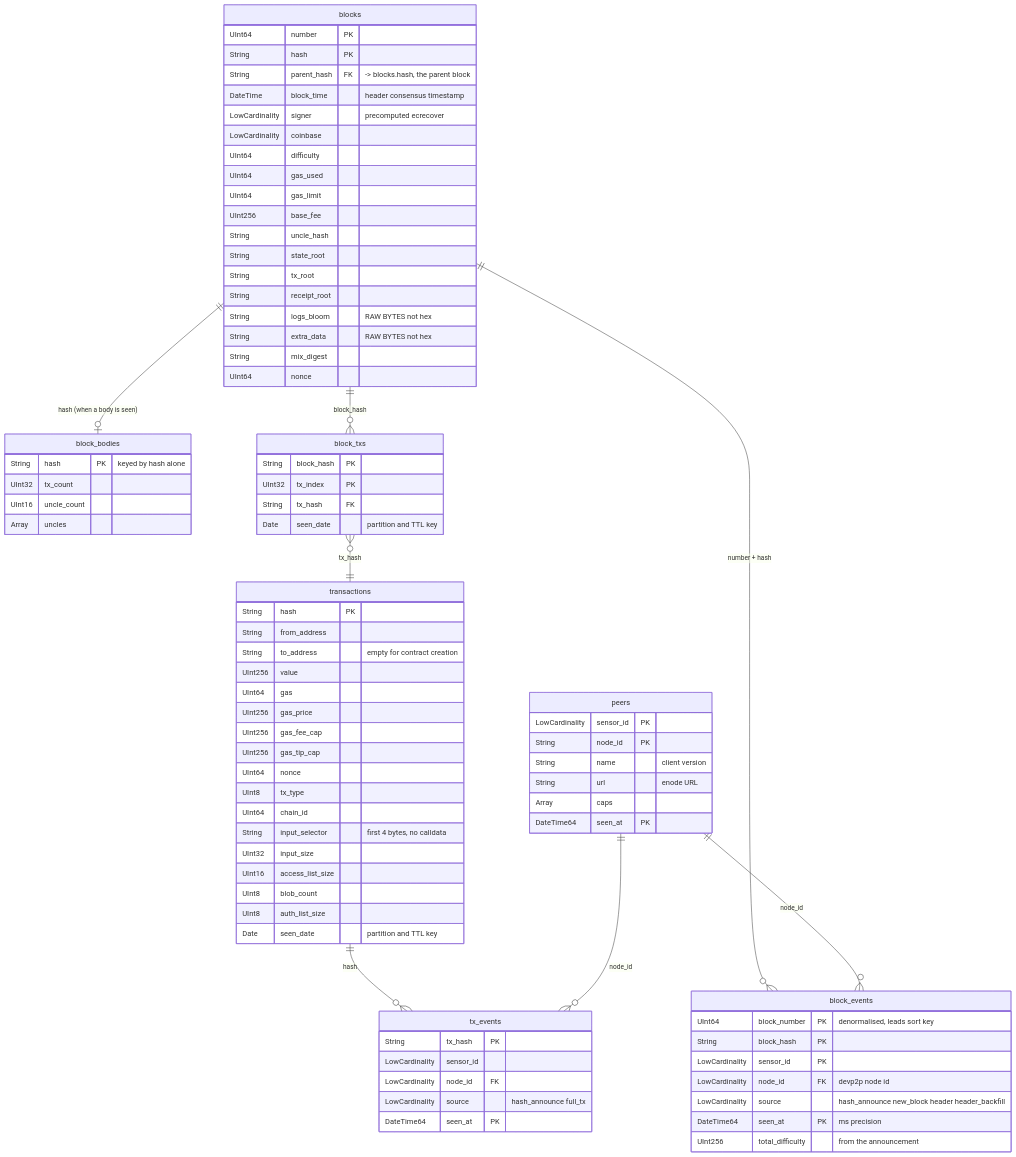
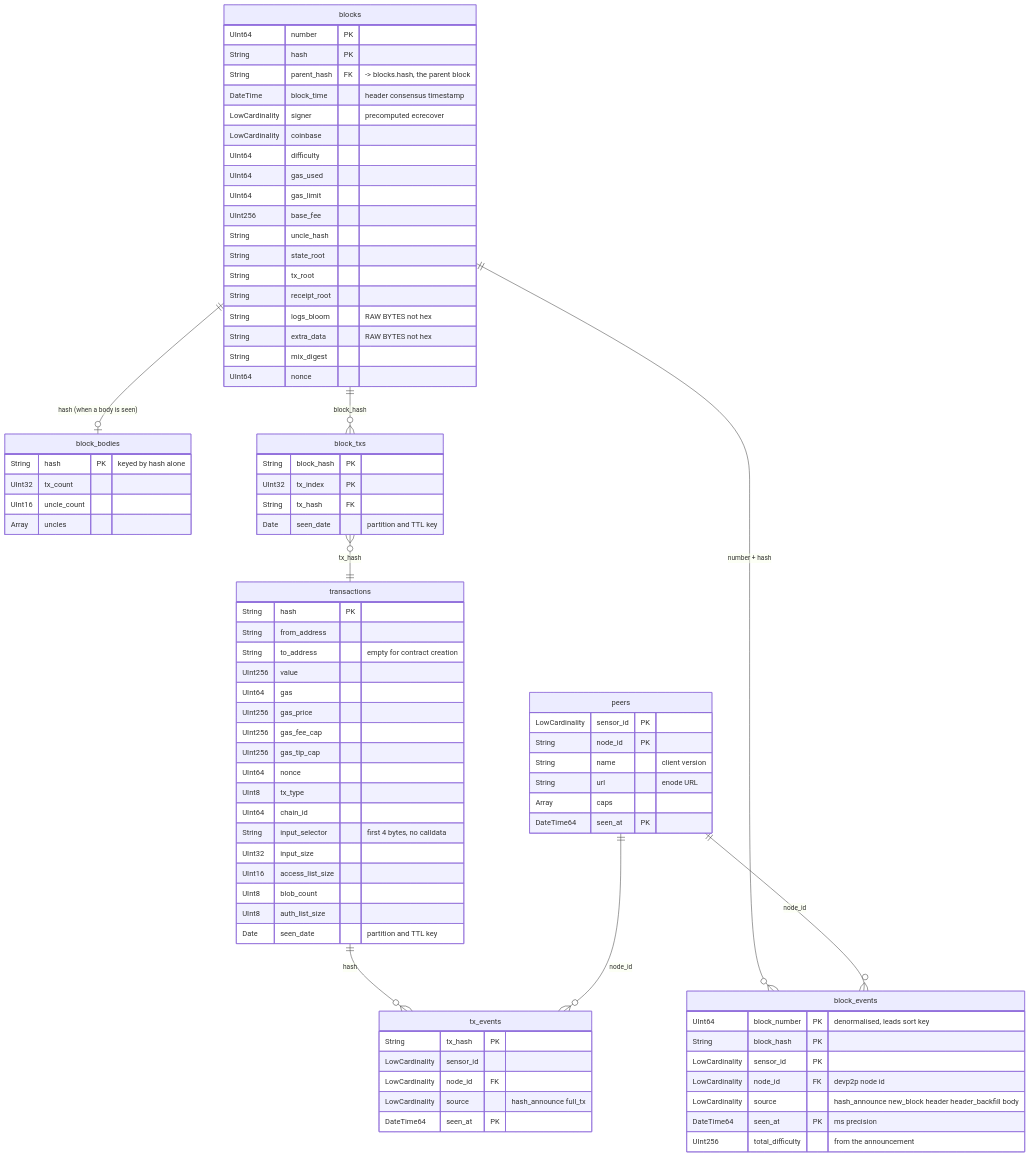
Before and after one commit to 0xPolygon/polygon-cli: the first of 3 diagrams in cmd/p2p/sensor/clickhouse.md, drawn with Mermaid. The commit also changed other lines of this file and 7 other files, not shown here.

```diff
--- a/cmd/p2p/sensor/clickhouse.md
+++ b/cmd/p2p/sensor/clickhouse.md
@@ -98,7 +98,7 @@
         String block_hash PK
         LowCardinality sensor_id PK
         LowCardinality node_id FK "devp2p node id"
-        LowCardinality source "hash_announce new_block header header_backfill"
+        LowCardinality source "hash_announce new_block header header_backfill body"
         DateTime64 seen_at PK "ms precision"
         UInt256 total_difficulty "from the announcement"
     }
```
